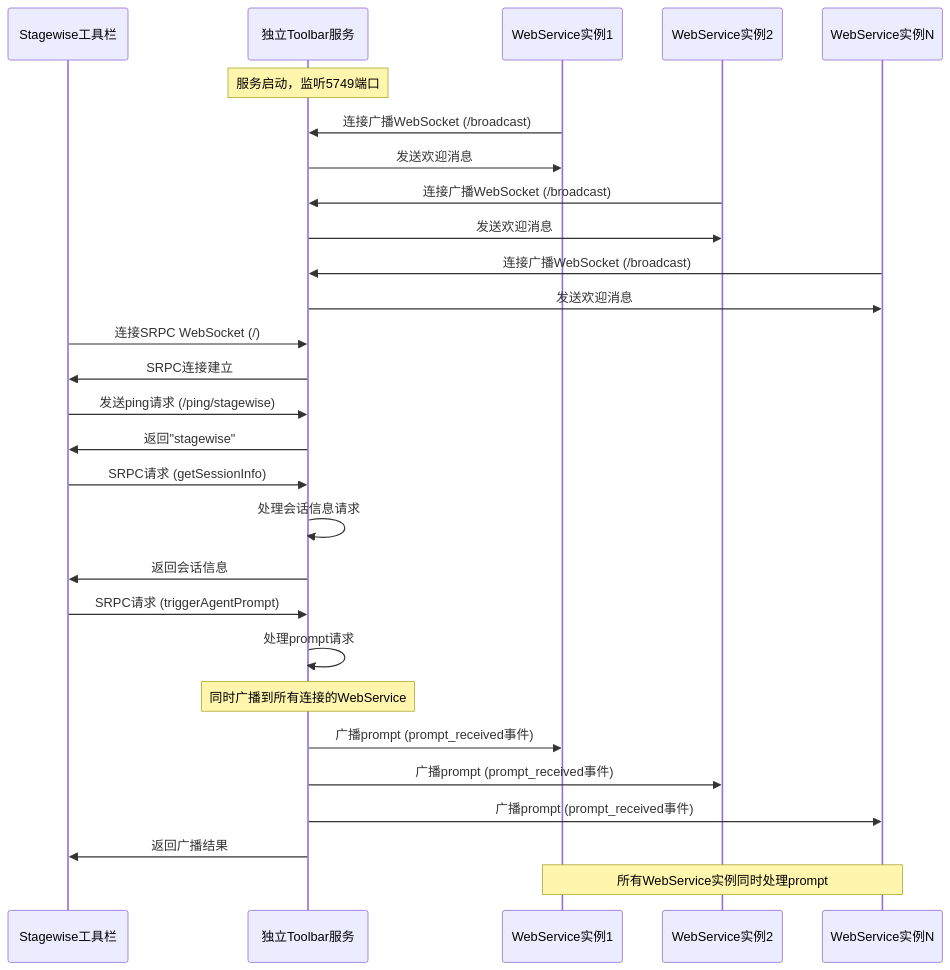
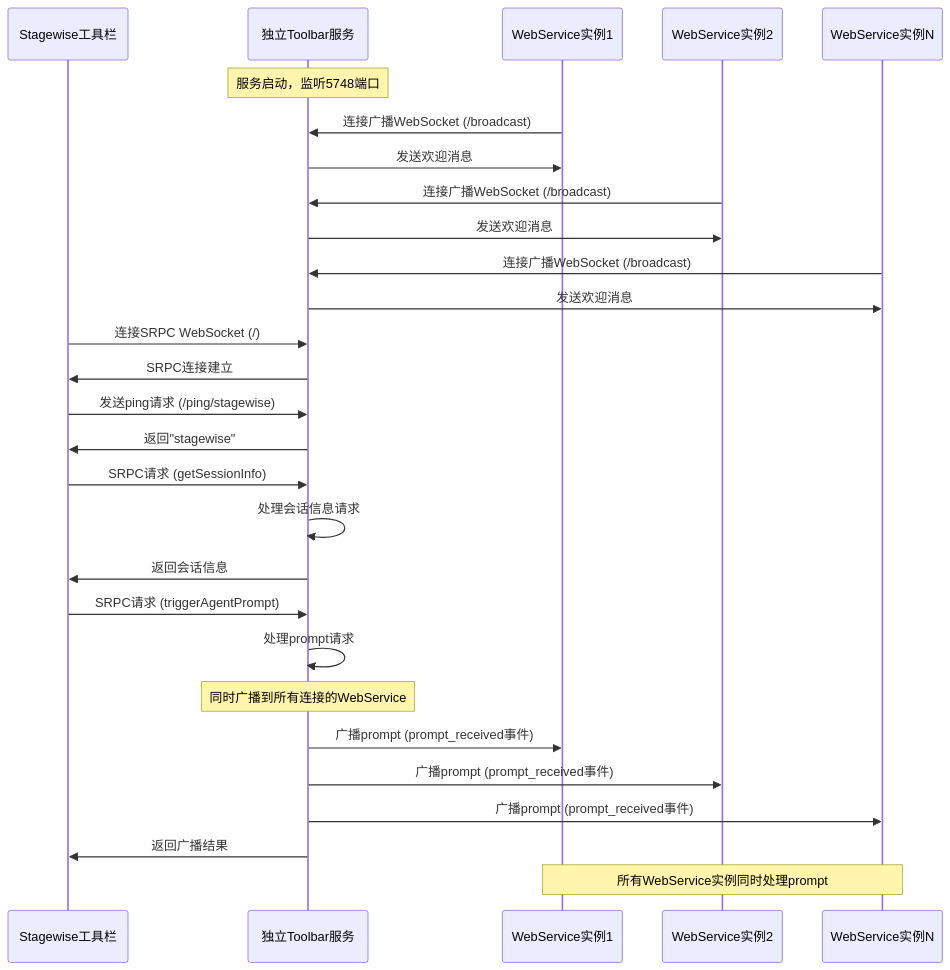
One commit to Songmengdi/mcp-feedback-collector changed the ninth of 10 diagrams in docs/交互层/模块交互分析.md. Above: the diagram before and after it, drawn with Mermaid. The commit also changed other lines of this file and 18 other files, not shown here.

````diff
--- a/docs/交互层/模块交互分析.md
+++ b/docs/交互层/模块交互分析.md
@@ -337,41 +337,41 @@
 ```mermaid
 sequenceDiagram
     participant ST as Stagewise工具栏
     participant ITS as 独立Toolbar服务
     participant WS1 as WebService实例1
     participant WS2 as WebService实例2
     participant WSN as WebService实例N
     
-    Note over ITS: 服务启动，监听5749端口
+    Note over ITS: 服务启动，监听5748端口
     
     WS1->>ITS: 连接广播WebSocket (/broadcast)
     ITS->>WS1: 发送欢迎消息
     
     WS2->>ITS: 连接广播WebSocket (/broadcast)
     ITS->>WS2: 发送欢迎消息
     
     WSN->>ITS: 连接广播WebSocket (/broadcast)
     ITS->>WSN: 发送欢迎消息
     
     ST->>ITS: 连接SRPC WebSocket (/)
     ITS->>ST: SRPC连接建立
     
     ST->>ITS: 发送ping请求 (/ping/stagewise)
     ITS->>ST: 返回"stagewise"
     
     ST->>ITS: SRPC请求 (getSessionInfo)
     ITS->>ITS: 处理会话信息请求
     ITS->>ST: 返回会话信息
     
     ST->>ITS: SRPC请求 (triggerAgentPrompt)
     ITS->>ITS: 处理prompt请求
     
     Note over ITS: 同时广播到所有连接的WebService
     ITS->>WS1: 广播prompt (prompt_received事件)
     ITS->>WS2: 广播prompt (prompt_received事件)
     ITS->>WSN: 广播prompt (prompt_received事件)
     
     ITS->>ST: 返回广播结果
     
     Note over WS1,WSN: 所有WebService实例同时处理prompt
 ```
````
